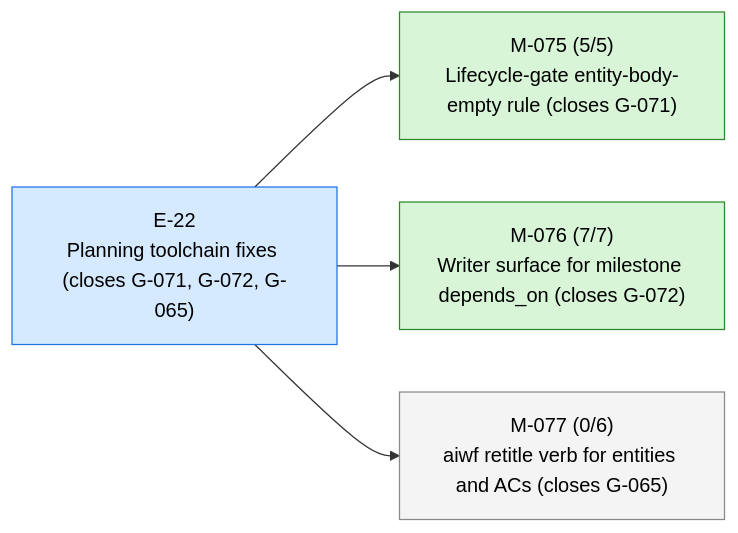
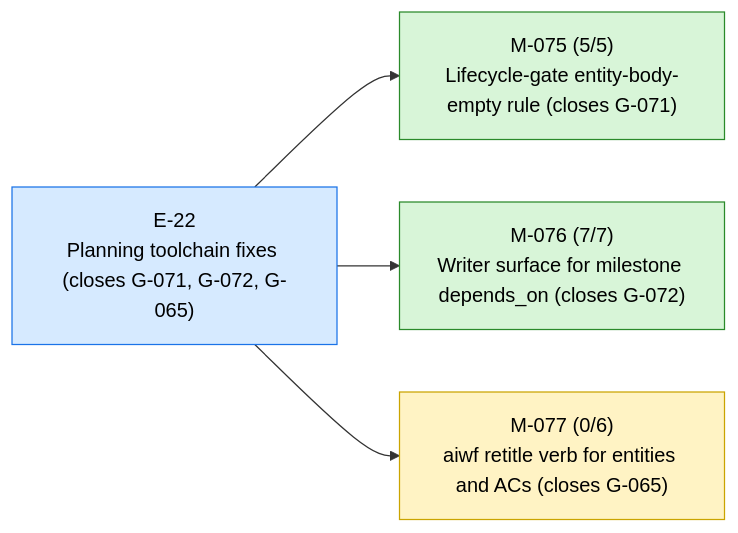
One commit to 23min/aiwf changed the first of 3 diagrams in STATUS.md. Above: the diagram before and after it, drawn with Mermaid. The commit also changed other lines of this file and 1 other file, not shown here.

First line of the commit message:
aiwf promote M-077 draft -> in_progress

````diff
--- a/STATUS.md
+++ b/STATUS.md
@@ -13,16 +13,16 @@
 ```mermaid
 flowchart LR
   E_22["E-22<br/>Planning toolchain fixes (closes G-071, G-072, G-065)"]:::epic_active
   M_075["M-075 (5/5)<br/>Lifecycle-gate entity-body-empty rule (closes G-071)"]:::ms_done
   E_22 --> M_075
   M_076["M-076 (7/7)<br/>Writer surface for milestone depends_on (closes G-072)"]:::ms_done
   E_22 --> M_076
-  M_077["M-077 (0/6)<br/>aiwf retitle verb for entities and ACs (closes G-065)"]:::ms_draft
+  M_077["M-077 (0/6)<br/>aiwf retitle verb for entities and ACs (closes G-065)"]:::ms_in_progress
   E_22 --> M_077
   classDef epic_active fill:#d6eaff,stroke:#1a73e8,color:#000
   classDef epic_proposed fill:#f4f4f4,stroke:#888,color:#000
   classDef ms_done fill:#d8f5d8,stroke:#2a8a2a,color:#000
   classDef ms_in_progress fill:#fff3c4,stroke:#caa400,color:#000
   classDef ms_draft fill:#f4f4f4,stroke:#888,color:#000
   classDef ms_cancelled fill:#fbeaea,stroke:#c33,color:#000
 ```
````
